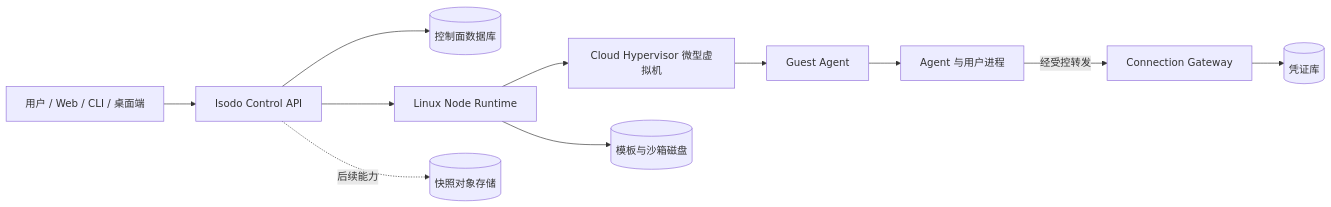
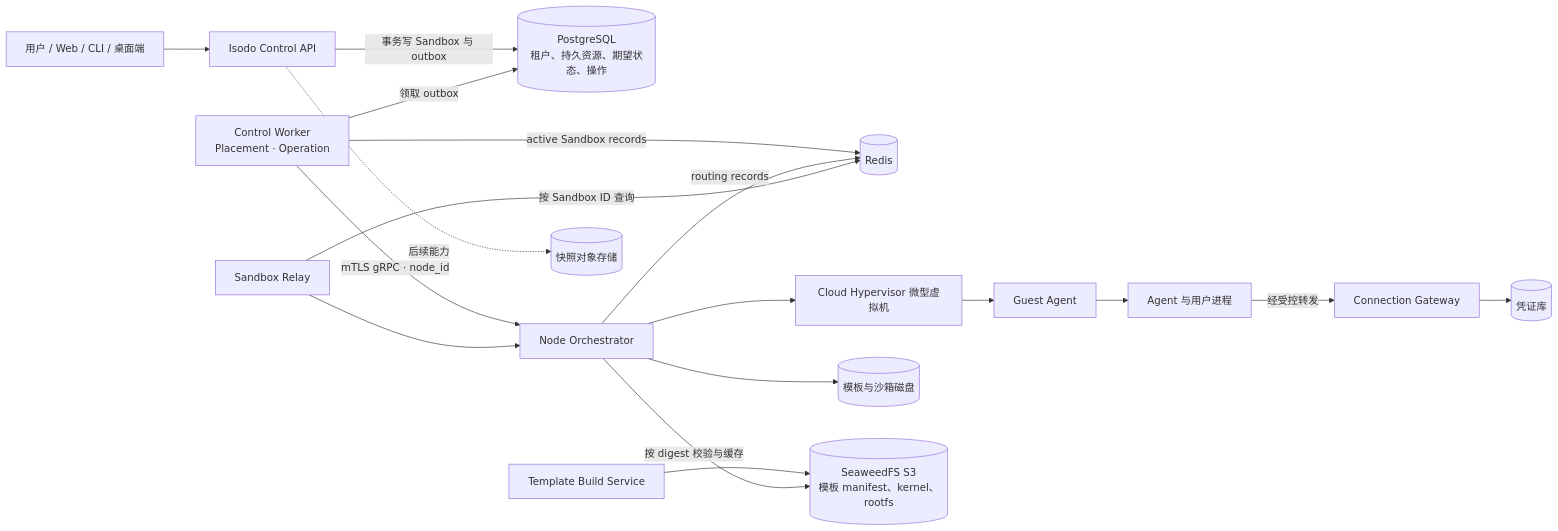
Before and after one commit to DROWNING2003/Isodo: the diagram in README.md, drawn with Mermaid. The commit also changed other lines of this file and 49 other files, not shown here.

Commit message:
feat(control): add authenticated sandbox API

````diff
--- a/README.md
+++ b/README.md
@@ -25,13 +36,20 @@
 ```mermaid
 flowchart LR
     User[用户 / Web / CLI / 桌面端] --> API[Isodo Control API]
-    API --> DB[(控制面数据库)]
-    API --> Node[Linux Node Runtime]
-    Node --> VMM[Cloud Hypervisor 微型虚拟机]
+    API -->|事务写 Sandbox 与 outbox| DB[(PostgreSQL<br/>租户、持久资源、期望状态、操作)]
+    Worker[Control Worker<br/>Placement · Operation] -->|领取 outbox| DB
+    Worker -->|mTLS gRPC · node_id| Orch[Node Orchestrator]
+    Worker -->|active Sandbox records| Redis[(Redis)]
+    Orch -->|routing records| Redis
+    Relay[Sandbox Relay] -->|按 Sandbox ID 查询| Redis
+    Relay --> Orch
+    Orch --> VMM[Cloud Hypervisor 微型虚拟机]
     VMM --> Guest[Guest Agent]
     Guest --> Agent[Agent 与用户进程]
     Agent -->|经受控转发| Gateway[Connection Gateway]
     Gateway --> Secrets[(凭证库)]
-    Node --> Disk[(模板与沙箱磁盘)]
+    Orch --> Disk[(模板与沙箱磁盘)]
+    Template[Template Build Service] --> Artifacts[(SeaweedFS S3<br/>模板 manifest、kernel、rootfs)]
+    Orch -->|按 digest 校验与缓存| Artifacts
     API -.后续能力.-> Snapshot[(快照对象存储)]
 ```
````
